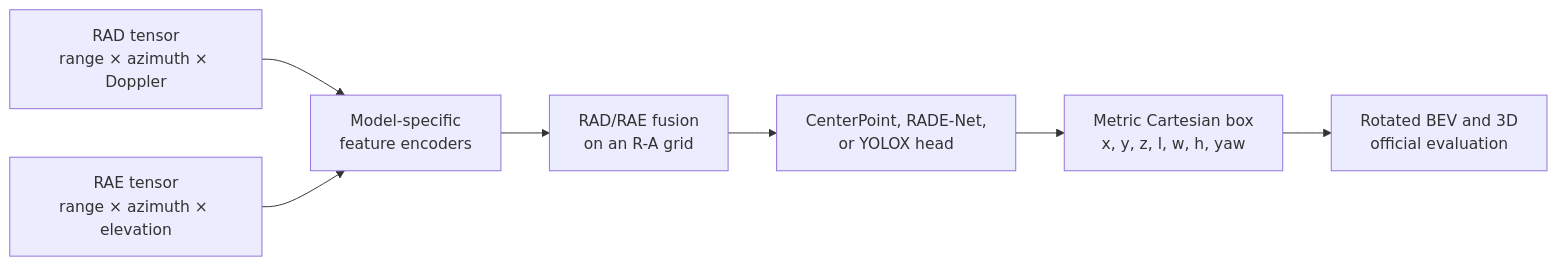
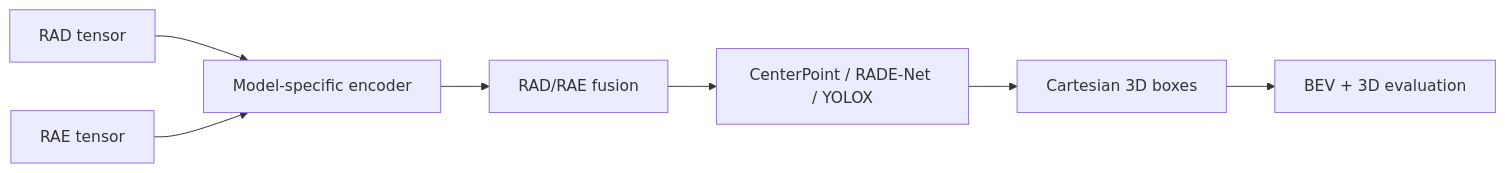
The diagram in README.md (xinyuzhangsofia-gif/new_rad_rae_object_detection), drawn with Mermaid before and after one commit. The commit also changed other lines of this file, not shown here.

Commit message:
Rewrite README as model zoo and reproducible domain-shift workflow

````diff
--- a/README.md
+++ b/README.md
@@ -79,13 +107,9 @@
-```mermaid
+~~~mermaid
 flowchart LR
-    RAD["RAD tensor<br/>range × azimuth × Doppler"]
-    RAE["RAE tensor<br/>range × azimuth × elevation"]
-    ENC["Model-specific<br/>feature encoders"]
-    FUSE["RAD/RAE fusion<br/>on an R-A grid"]
-    HEAD["CenterPoint, RADE-Net,<br/>or YOLOX head"]
-    BOX["Metric Cartesian box<br/>x, y, z, l, w, h, yaw"]
-    EVAL["Rotated BEV and 3D<br/>official evaluation"]
-    RAD --> ENC
-    RAE --> ENC
-    ENC --> FUSE --> HEAD --> BOX --> EVAL
-```
+    RAD["RAD tensor"] --> ENC["Model-specific encoder"]
+    RAE["RAE tensor"] --> ENC
+    ENC --> FUSE["RAD/RAE fusion"]
+    FUSE --> HEAD["CenterPoint / RADE-Net / YOLOX"]
+    HEAD --> BOX["Cartesian 3D boxes"]
+    BOX --> EVAL["BEV + 3D evaluation"]
+~~~
````
